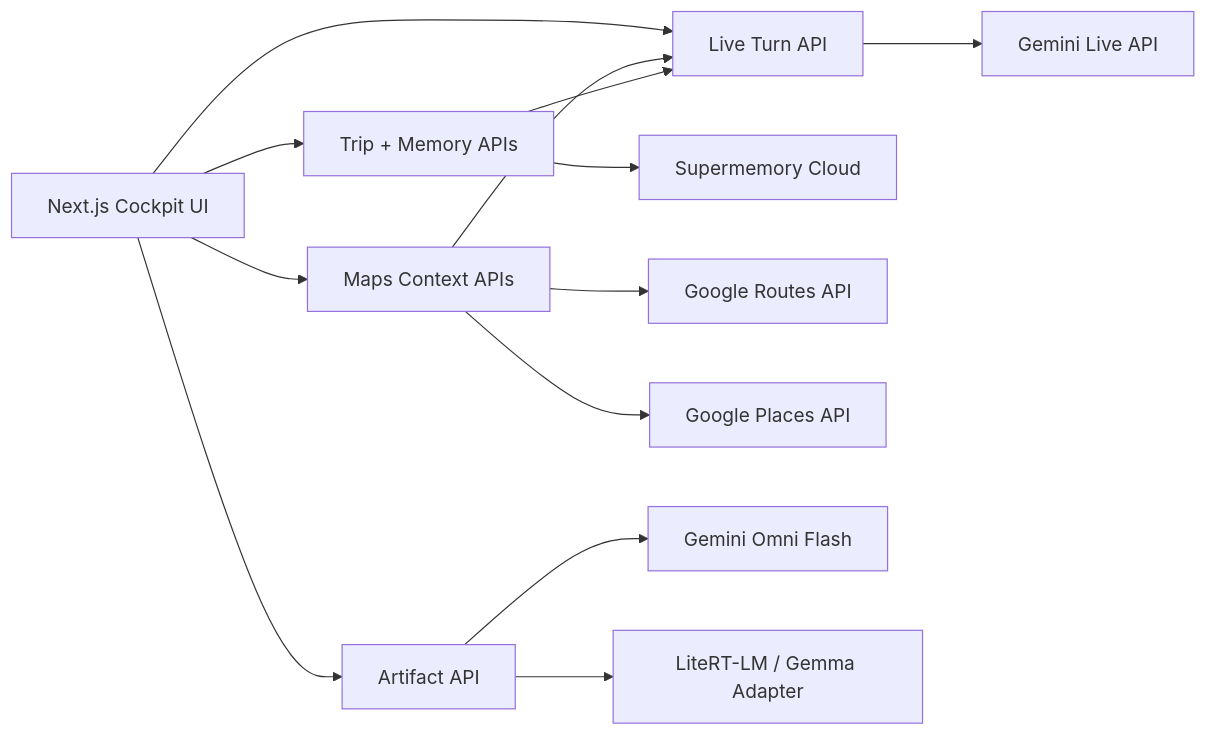
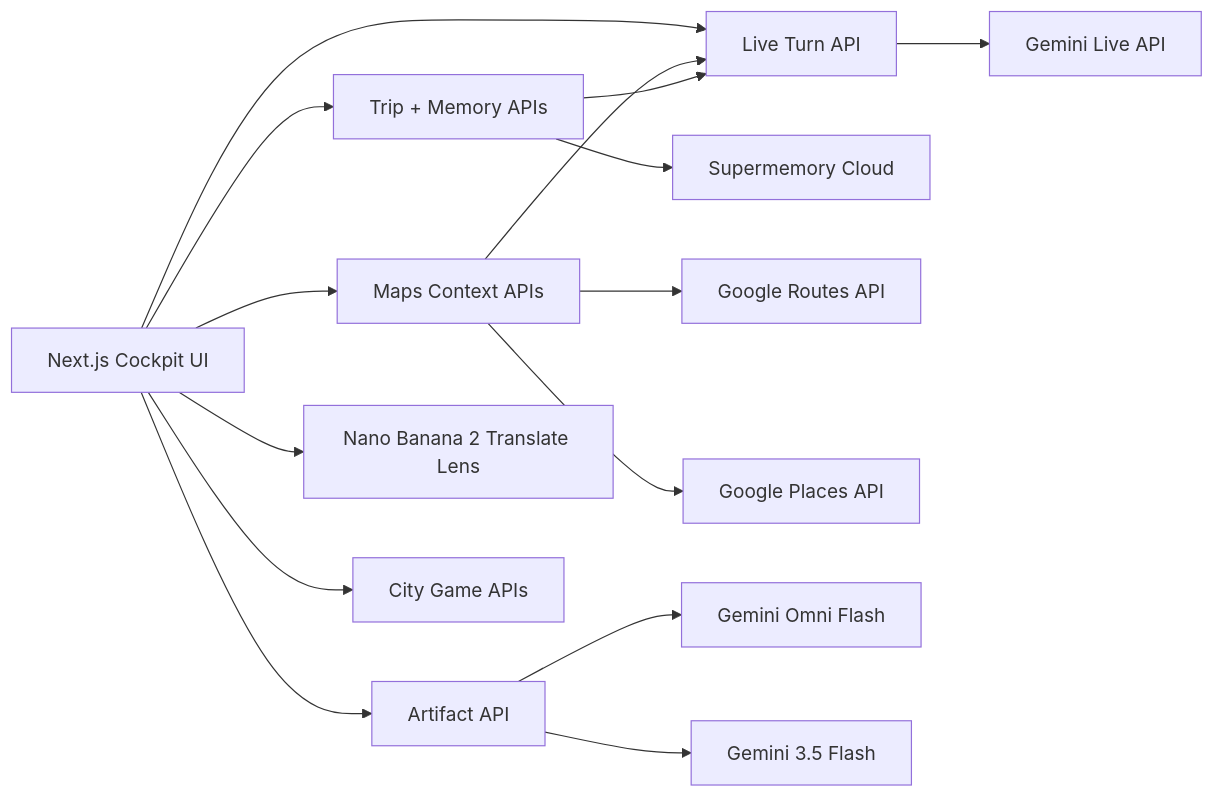
The diagram in arch.md (divagr18/Lens), drawn with Mermaid before and after one commit. The commit also changed other lines of this file and 3 other files, not shown here.

````diff
--- a/arch.md
+++ b/arch.md
@@ -7,17 +7,19 @@
 ```mermaid
 flowchart LR
   UI["Next.js Cockpit UI"] --> Trips["Trip + Memory APIs"]
   UI --> Maps["Maps Context APIs"]
   UI --> Live["Live Turn API"]
   UI --> Artifacts["Artifact API"]
 
   Trips --> Supermemory["Supermemory Cloud"]
   Maps --> Routes["Google Routes API"]
   Maps --> Places["Google Places API"]
   Live --> Gemini["Gemini Live API"]
   Artifacts --> Omni["Gemini Omni Flash"]
-  Artifacts --> LiteRT["LiteRT-LM / Gemma Adapter"]
+  Artifacts --> Flash["Gemini 3.5 Flash"]
+  UI --> Translation["Nano Banana 2 Translate Lens"]
+  UI --> Games["City Game APIs"]
 
   Maps --> Live
   Trips --> Live
 ```
````
